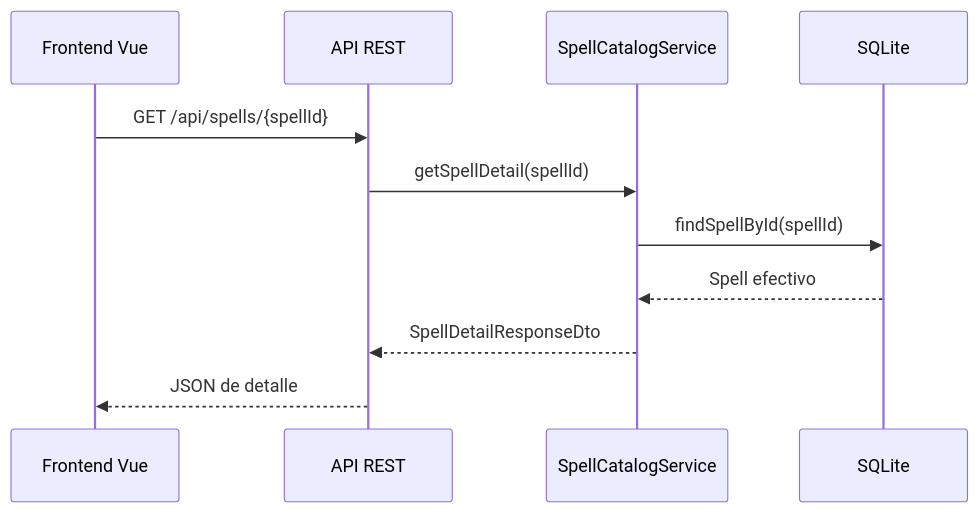
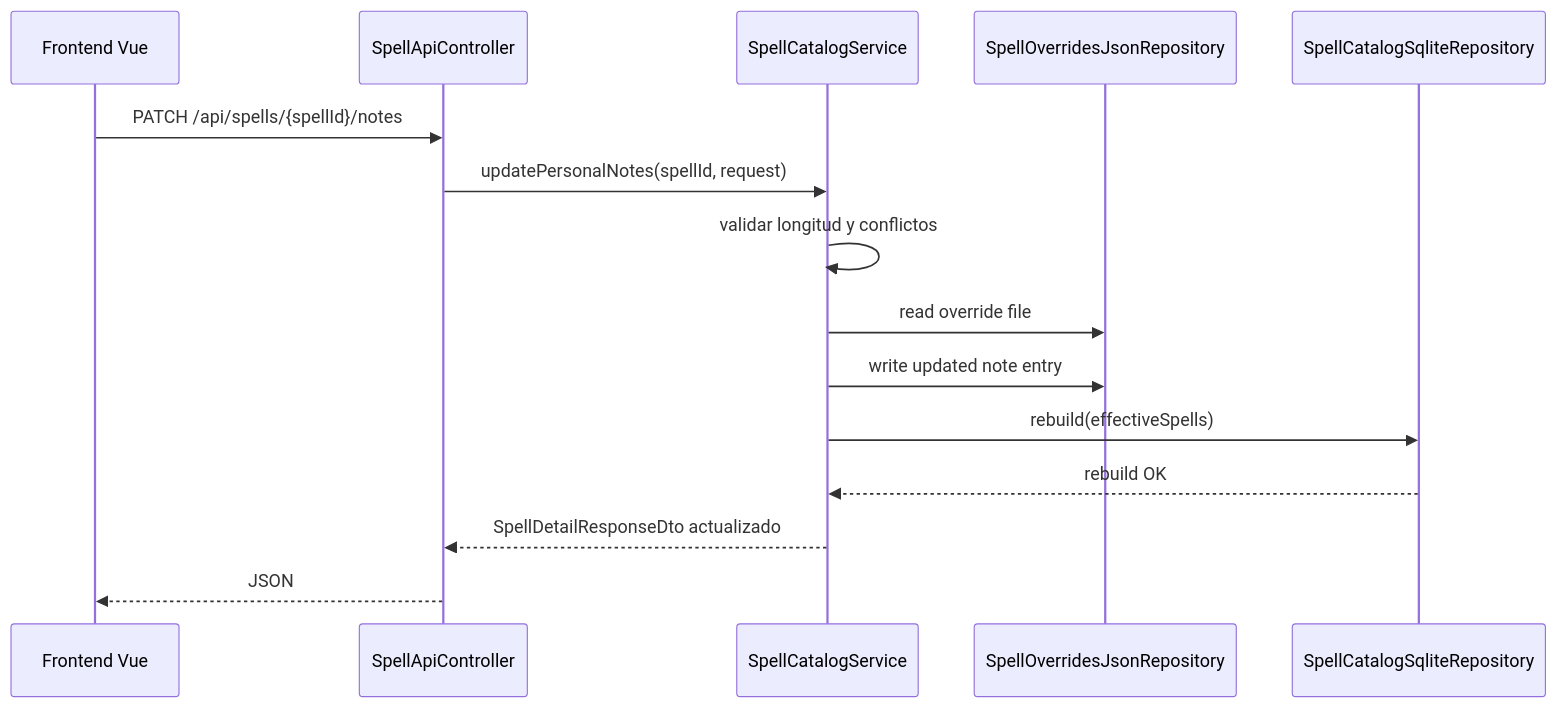
Before and after one commit to albertinizao/Grimorio-Pathfinder: diagram 15 of 18 in docs/09-diagramas-flujos-secuencia.md, drawn with Mermaid. The commit also changed other lines of this file, not shown here.

Commit message:
Expand architecture and flow diagrams documentation

````diff
--- a/docs/09-diagramas-flujos-secuencia.md
+++ b/docs/09-diagramas-flujos-secuencia.md
@@ -83,14 +314,18 @@
 ```mermaid
 sequenceDiagram
   participant UI as Frontend Vue
-  participant API as API REST
-  participant Cat as SpellCatalogService
-  participant DB as SQLite
+  participant API as SpellApiController
+  participant Service as SpellCatalogService
+  participant Ov as SpellOverridesJsonRepository
+  participant DB as SpellCatalogSqliteRepository
 
-  UI->>API: GET /api/spells/{spellId}
-  API->>Cat: getSpellDetail(spellId)
-  Cat->>DB: findSpellById(spellId)
-  DB-->>Cat: Spell efectivo
-  Cat-->>API: SpellDetailResponseDto
-  API-->>UI: JSON de detalle
+  UI->>API: PATCH /api/spells/{spellId}/notes
+  API->>Service: updatePersonalNotes(spellId, request)
+  Service->>Service: validar longitud y conflictos
+  Service->>Ov: read override file
+  Service->>Ov: write updated note entry
+  Service->>DB: rebuild(effectiveSpells)
+  DB-->>Service: rebuild OK
+  Service-->>API: SpellDetailResponseDto actualizado
+  API-->>UI: JSON
 ```
````
